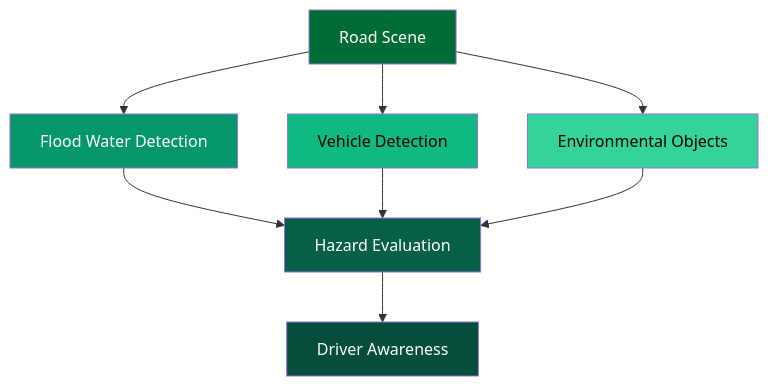
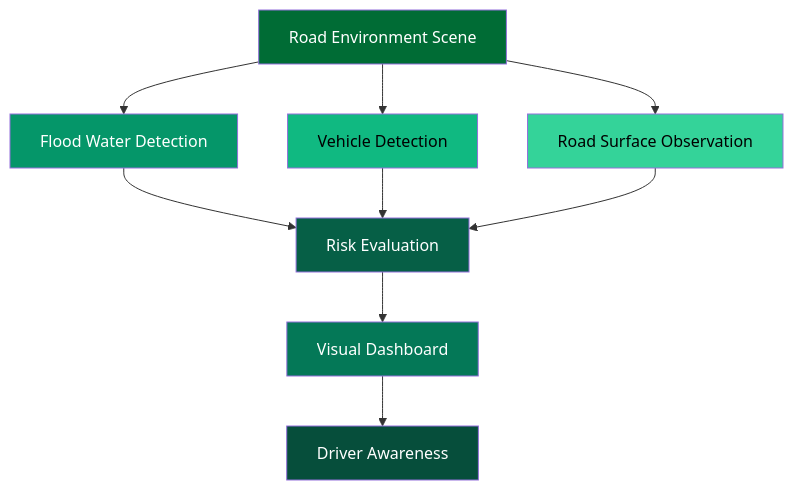
One commit to WASAN-ALMUTAAN1/Emergency-Smart-Flood-Alerting-System changed the third of 4 diagrams in README.md. Above: the diagram before and after it, drawn with Mermaid. The commit also changed other lines of this file, not shown here.

````diff
--- a/README.md
+++ b/README.md
@@ -134,22 +117,29 @@
 ```mermaid
 flowchart TD
 
-Scene[Road Scene]
+Scene[Road Environment Scene]
 
-Scene --> Water[Flood Water Detection]
+Scene --> Flood[Flood Water Detection]
+
 Scene --> Vehicles[Vehicle Detection]
-Scene --> Objects[Environmental Objects]
 
-Water --> Risk[Hazard Evaluation]
+Scene --> RoadSurface[Road Surface Observation]
+
+Flood --> Risk[Risk Evaluation]
+
 Vehicles --> Risk
-Objects --> Risk
 
-Risk --> Alert[Driver Awareness]
+RoadSurface --> Risk
+
+Risk --> Visualization[Visual Dashboard]
+
+Visualization --> Awareness[Driver Awareness]
 
 style Scene fill:#006C35,color:white
-style Water fill:#059669,color:white
+style Flood fill:#059669,color:white
 style Vehicles fill:#10b981,color:black
-style Objects fill:#34d399,color:black
+style RoadSurface fill:#34d399,color:black
 style Risk fill:#065f46,color:white
-style Alert fill:#064e3b,color:white
+style Visualization fill:#047857,color:white
+style Awareness fill:#064e3b,color:white
 ```
````
